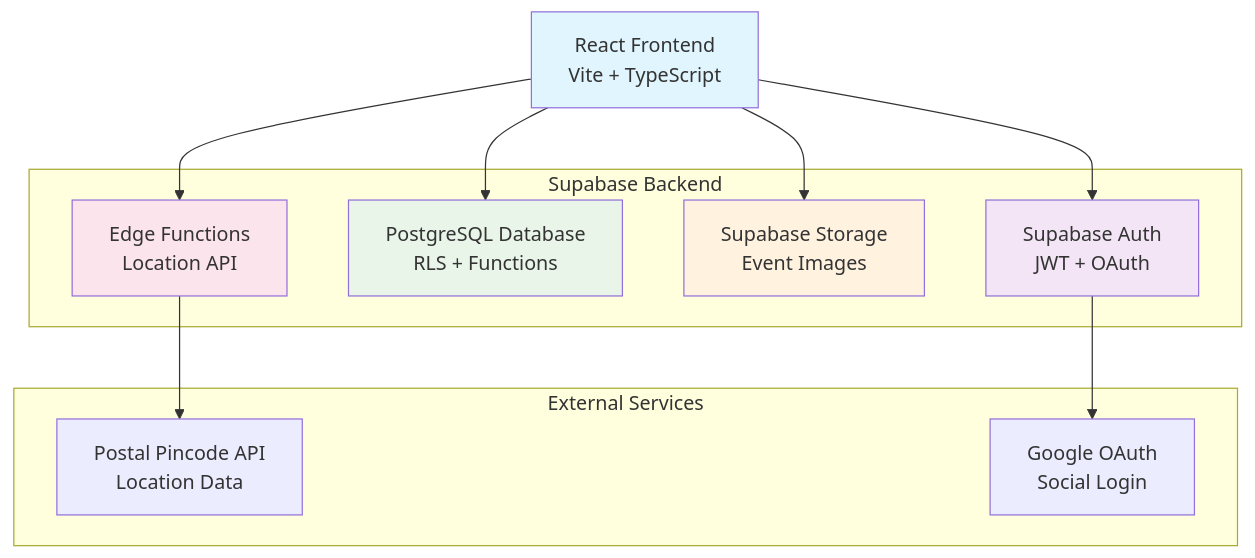
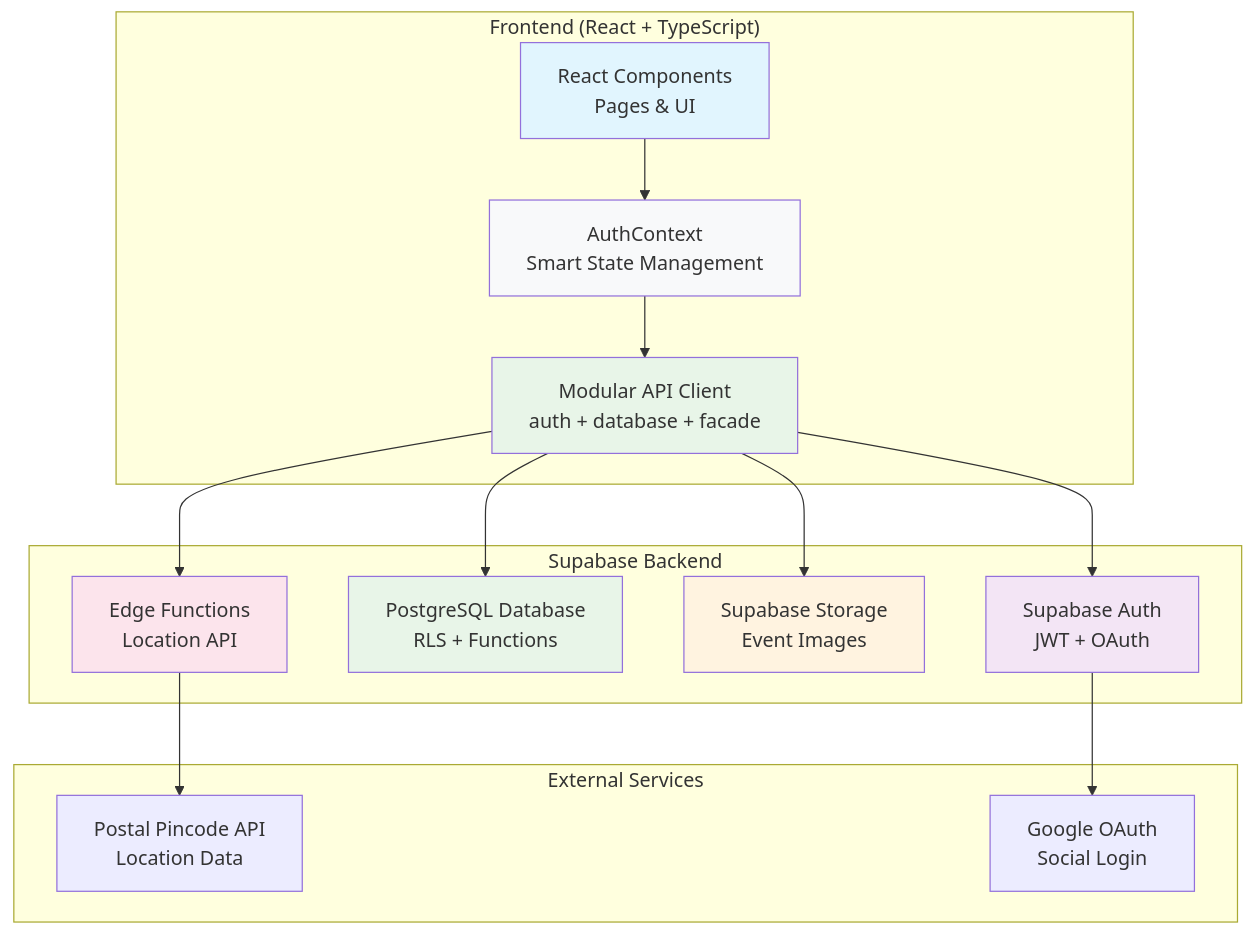
Before and after one commit to jaipkapoor99/bookify: the first of 8 diagrams in ARCHITECTURE.md, drawn with Mermaid. The commit also changed other lines of this file and 7 other files, not shown here.

````diff
--- a/ARCHITECTURE.md
+++ b/ARCHITECTURE.md
@@ -9,30 +9,38 @@
 ```mermaid
 graph TB
-    Client[React Frontend<br/>Vite + TypeScript]
+    subgraph "Frontend (React + TypeScript)"
+        Client[React Components<br/>Pages & UI]
+        Context[AuthContext<br/>Smart State Management]
+        APILayer[Modular API Client<br/>auth + database + facade]
+    end
 
     subgraph "Supabase Backend"
         Auth[Supabase Auth<br/>JWT + OAuth]
         DB[PostgreSQL Database<br/>RLS + Functions]
         Storage[Supabase Storage<br/>Event Images]
         Edge[Edge Functions<br/>Location API]
     end
 
     subgraph "External Services"
         PostalAPI[Postal Pincode API<br/>Location Data]
         GoogleAuth[Google OAuth<br/>Social Login]
     end
 
-    Client --> Auth
-    Client --> DB
-    Client --> Storage
-    Client --> Edge
+    Client --> Context
+    Context --> APILayer
+    APILayer --> Auth
+    APILayer --> DB
+    APILayer --> Storage
+    APILayer --> Edge
 
     Auth --> GoogleAuth
     Edge --> PostalAPI
 
     style Client fill:#e1f5fe
+    style Context fill:#f8f9fa
+    style APILayer fill:#e8f5e8
     style Auth fill:#f3e5f5
     style DB fill:#e8f5e8
     style Storage fill:#fff3e0
     style Edge fill:#fce4ec
 ```
````
